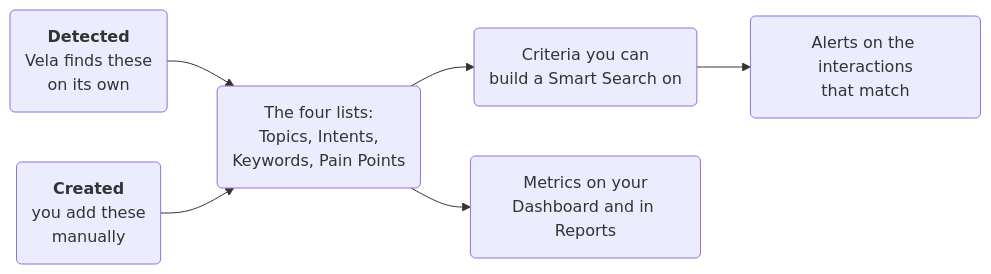
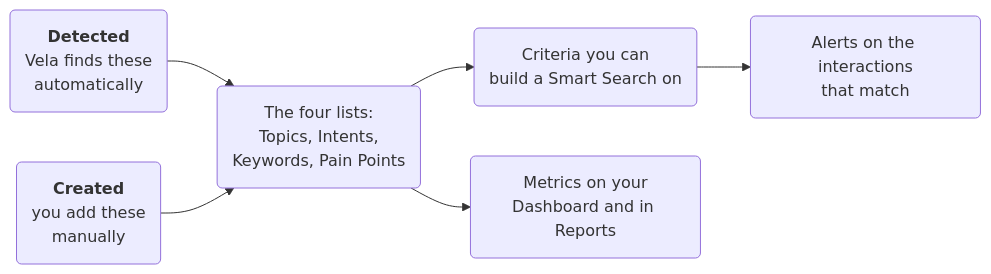
Before and after one commit to Botlhale-AI/docs-vela: the diagram in docs/topics-and-terms-guide.md, drawn with Mermaid. The commit also changed other lines of this file and 10 other files, not shown here.

````diff
--- a/docs/topics-and-terms-guide.md
+++ b/docs/topics-and-terms-guide.md
@@ -18,8 +18,8 @@
 ```mermaid
 flowchart LR
-    D("<b>Detected</b><br/>Vela finds these<br/>on its own") --> L("The four lists:<br/>Topics, Intents,<br/>Keywords, Pain Points")
+    D("<b>Detected</b><br/>Vela finds these<br/>automatically") --> L("The four lists:<br/>Topics, Intents,<br/>Keywords, Pain Points")
     C("<b>Created</b><br/>you add these<br/>manually") --> L
     L --> S("Criteria you can<br/>build a Smart Search on")
     L --> M("Metrics on your<br/>Dashboard and in Reports")
     S --> A("Alerts on the interactions<br/>that match")
 ```
````
